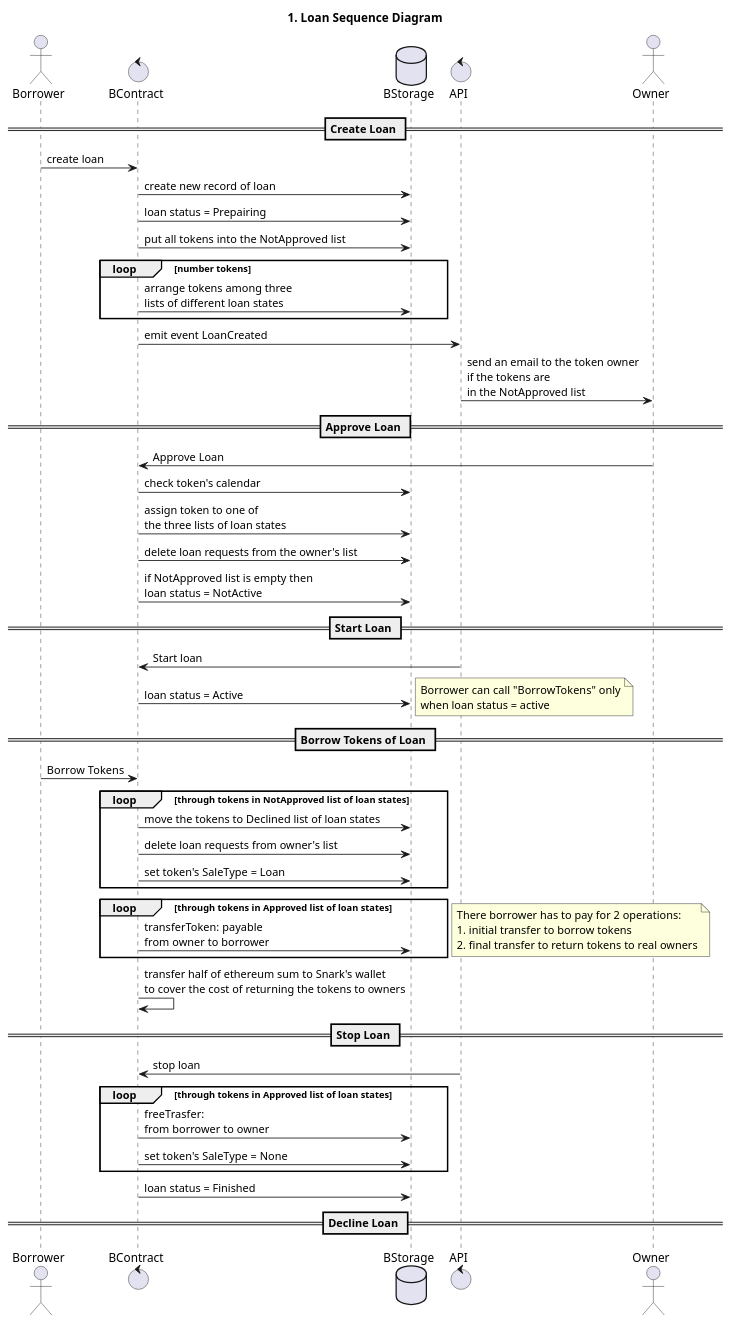
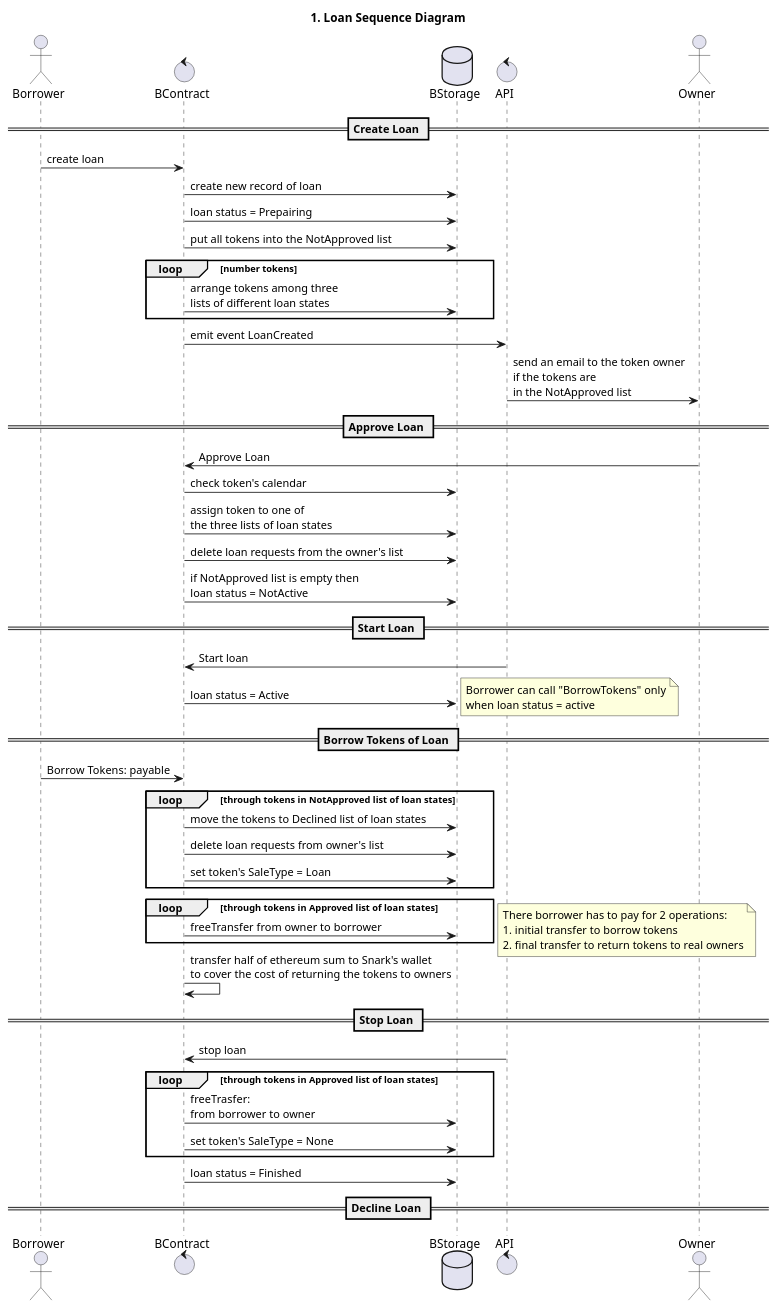
Before and after one commit to snarkdotart/snarkcontract: the diagram in diagrams/src/1. Sequence - Loan Creation.wsd, drawn with PlantUML. The commit also changed 1 other file, not shown here.

Commit message:
Update diagrams

```diff
--- a/diagrams/src/1. Sequence - Loan Creation.wsd
+++ b/diagrams/src/1. Sequence - Loan Creation.wsd
@@ -1,74 +1,74 @@
 @startuml
 
 title 1. Loan Sequence Diagram
 
 actor Borrower
 control BContract
 database BStorage
 control API
 actor Owner
 
 == Create Loan ==
 
 Borrower -> BContract: create loan
 BContract -> BStorage: create new record of loan
 BContract -> BStorage: loan status = Prepairing
 BContract -> BStorage: put all tokens into the NotApproved list
 
 loop number tokens
   BContract -> BStorage: arrange tokens among three\nlists of different loan states
 end
 
 BContract -> API: emit event LoanCreated
 API -> Owner: send an email to the token owner\nif the tokens are\nin the NotApproved list
 
 == Approve Loan ==
 
 Owner -> BContract: Approve Loan
 BContract -> BStorage: check token's calendar
 BContract -> BStorage: assign token to one of\nthe three lists of loan states
 BContract -> BStorage: delete loan requests from the owner's list
 BContract -> BStorage: if NotApproved list is empty then\nloan status = NotActive
 
 == Start Loan ==
 
 API -> BContract: Start loan
 BContract -> BStorage: loan status = Active
 note right
   Borrower can call "BorrowTokens" only
   when loan status = active
 end note 
 
 
 == Borrow Tokens of Loan ==
 
-Borrower -> BContract: Borrow Tokens
+Borrower -> BContract: Borrow Tokens: payable
 loop through tokens in NotApproved list of loan states
   BContract -> BStorage: move the tokens to Declined list of loan states
   BContract -> BStorage: delete loan requests from owner's list
   BContract -> BStorage: set token's SaleType = Loan
 end
 loop through tokens in Approved list of loan states
-  BContract -> BStorage: transferToken: payable\nfrom owner to borrower 
+  BContract -> BStorage: freeTransfer from owner to borrower 
 end
 note right
   There borrower has to pay for 2 operations:
   1. initial transfer to borrow tokens
   2. final transfer to return tokens to real owners
 end note
 BContract -> BContract: transfer half of ethereum sum to Snark's wallet\nto cover the cost of returning the tokens to owners
 
 == Stop Loan ==
 
 API -> BContract: stop loan
 loop through tokens in Approved list of loan states
   BContract -> BStorage: freeTrasfer: \nfrom borrower to owner
   BContract -> BStorage: set token's SaleType = None
 end
 BContract -> BStorage: loan status = Finished
 
 == Decline Loan ==
 
 
 
 @enduml
```
